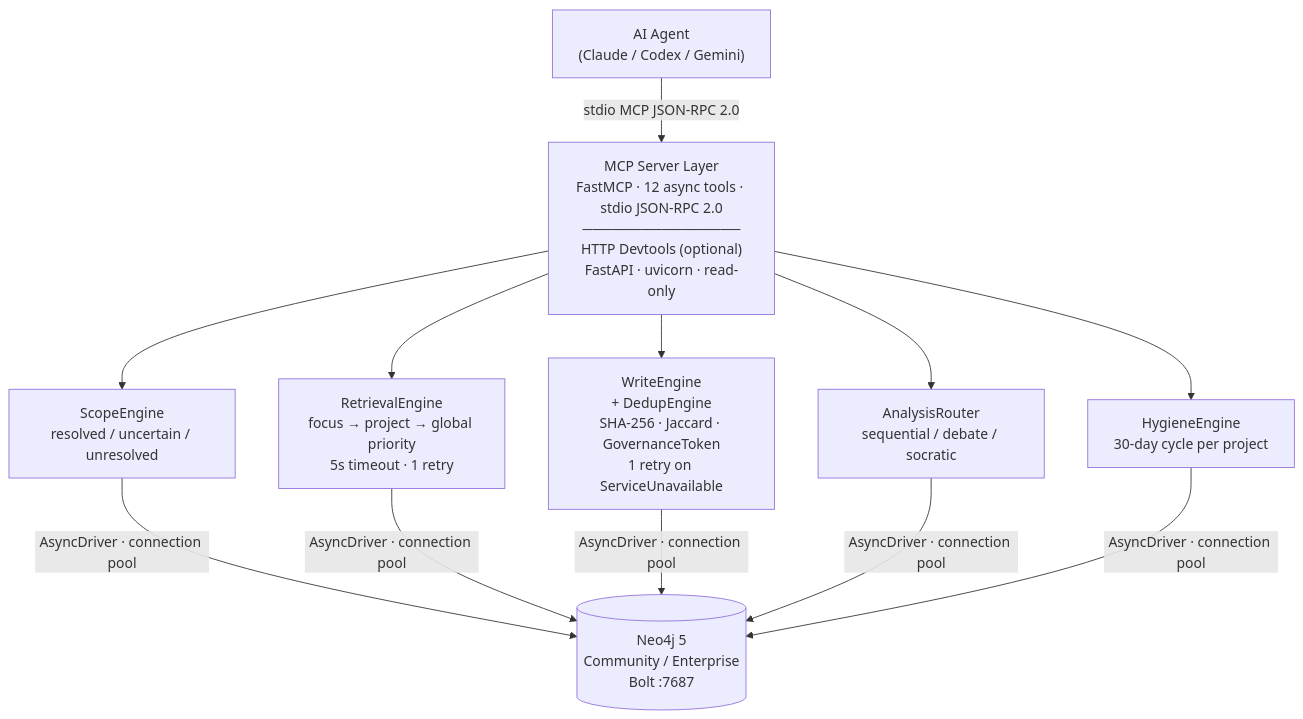
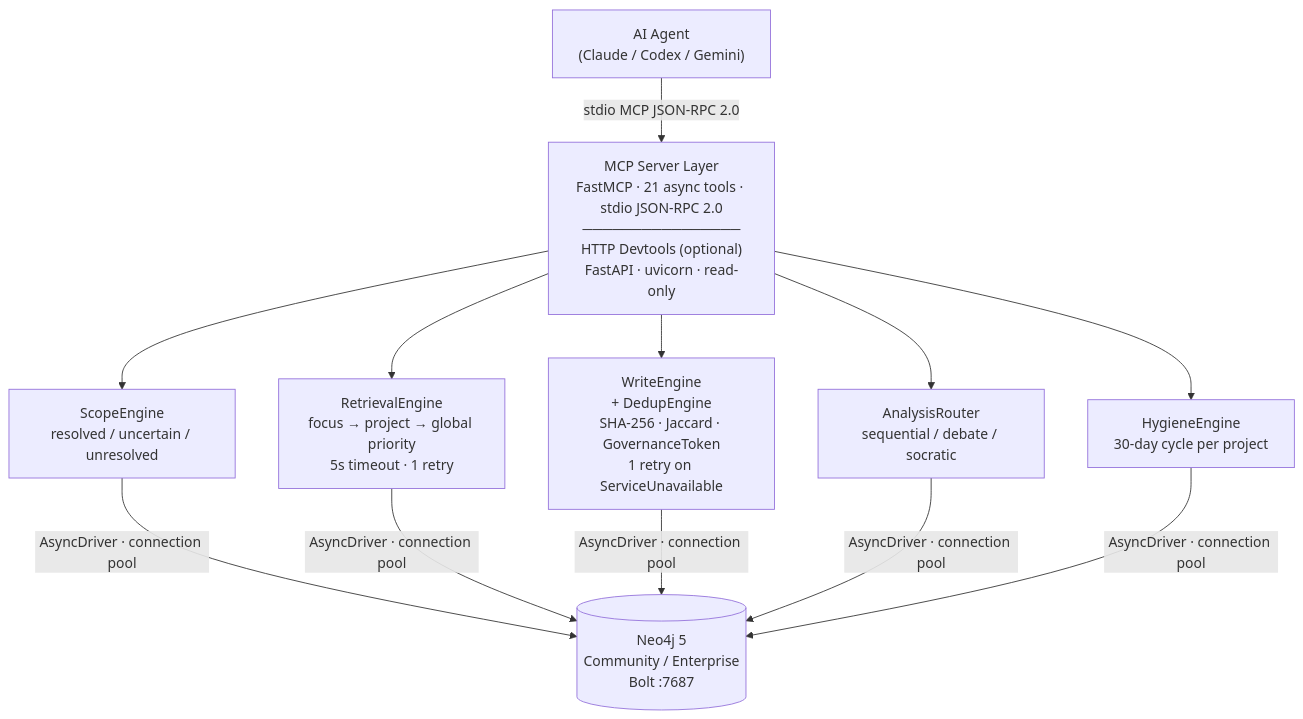
The diagram in docs/architecture/system.md (khoavu882/graphbase-memories-mcp), drawn with Mermaid before and after one commit. The commit also changed other lines of this file and 70 other files, not shown here.

````diff
--- a/docs/architecture/system.md
+++ b/docs/architecture/system.md
@@ -10,19 +10,19 @@
 ```mermaid
 graph TD
     A["AI Agent<br/>(Claude / Codex / Gemini)"]
-    B["MCP Server Layer<br/>FastMCP · 12 async tools · stdio JSON-RPC 2.0<br/>────────────────<br/>HTTP Devtools (optional)<br/>FastAPI · uvicorn · read-only"]
+    B["MCP Server Layer<br/>FastMCP · 21 async tools · stdio JSON-RPC 2.0<br/>────────────────<br/>HTTP Devtools (optional)<br/>FastAPI · uvicorn · read-only"]
     C["ScopeEngine<br/>resolved / uncertain / unresolved"]
     D["RetrievalEngine<br/>focus → project → global priority<br/>5s timeout · 1 retry"]
     E["WriteEngine<br/>+ DedupEngine<br/>SHA-256 · Jaccard · GovernanceToken<br/>1 retry on ServiceUnavailable"]
     F["AnalysisRouter<br/>sequential / debate / socratic"]
     G["HygieneEngine<br/>30-day cycle per project"]
     N[("Neo4j 5<br/>Community / Enterprise<br/>Bolt :7687")]
 
     A -->|"stdio MCP JSON-RPC 2.0"| B
     B --> C
     B --> D
     B --> E
     B --> F
     B --> G
     C & D & E & F & G -->|"AsyncDriver · connection pool"| N
 ```
````
